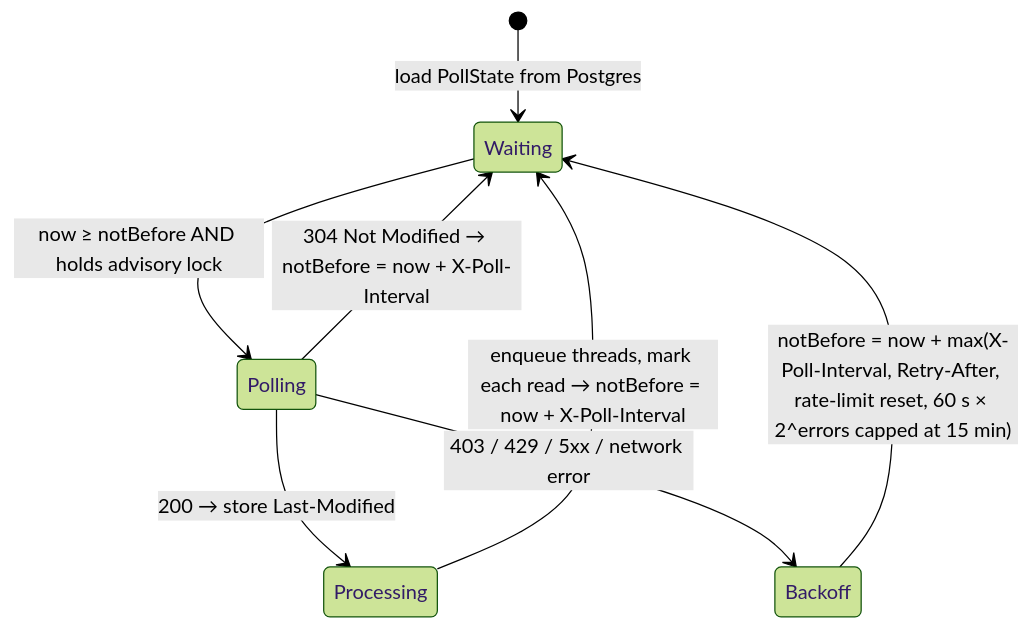
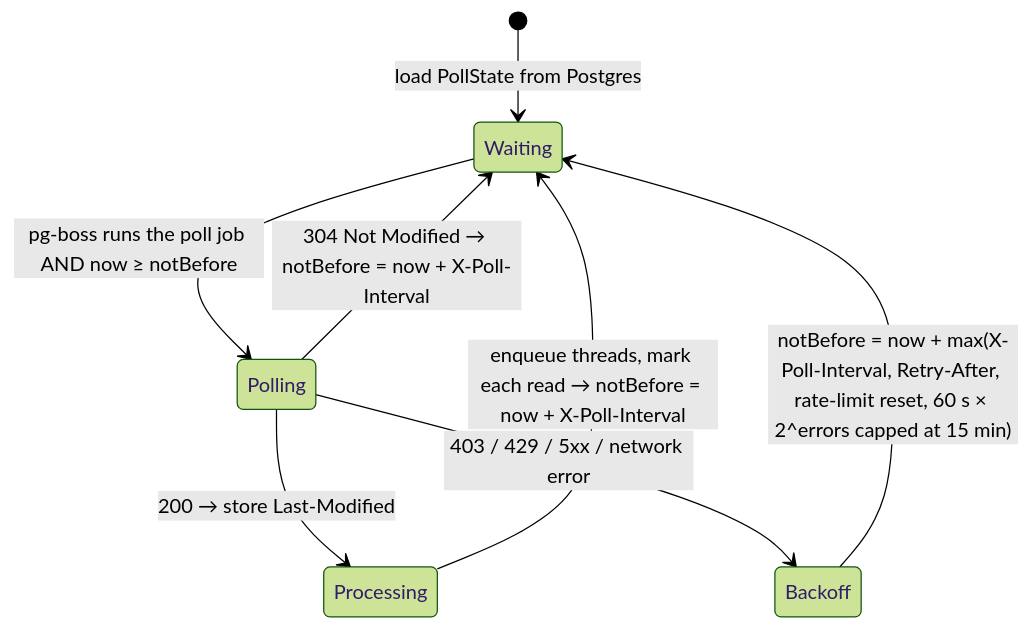
The third of 6 diagrams in docs/DESIGN.md (open-macaron/macaron), drawn with Mermaid (forest theme) before and after one commit. The commit also changed other lines of this file and 29 other files, not shown here.

````diff
--- a/docs/DESIGN.md
+++ b/docs/DESIGN.md
@@ -172,10 +172,10 @@
 ```mermaid
 stateDiagram-v2
   [*] --> Waiting: load PollState from Postgres
-  Waiting --> Polling: now ≥ notBefore AND holds advisory lock
+  Waiting --> Polling: pg-boss runs the poll job AND now ≥ notBefore
   Polling --> Waiting: 304 Not Modified → notBefore = now + X-Poll-Interval
   Polling --> Processing: 200 → store Last-Modified
   Processing --> Waiting: enqueue threads, mark each read → notBefore = now + X-Poll-Interval
   Polling --> Backoff: 403 / 429 / 5xx / network error
   Backoff --> Waiting: notBefore = now + max(X-Poll-Interval, Retry-After, rate-limit reset, 60 s × 2^errors capped at 15 min)
 ```
````
